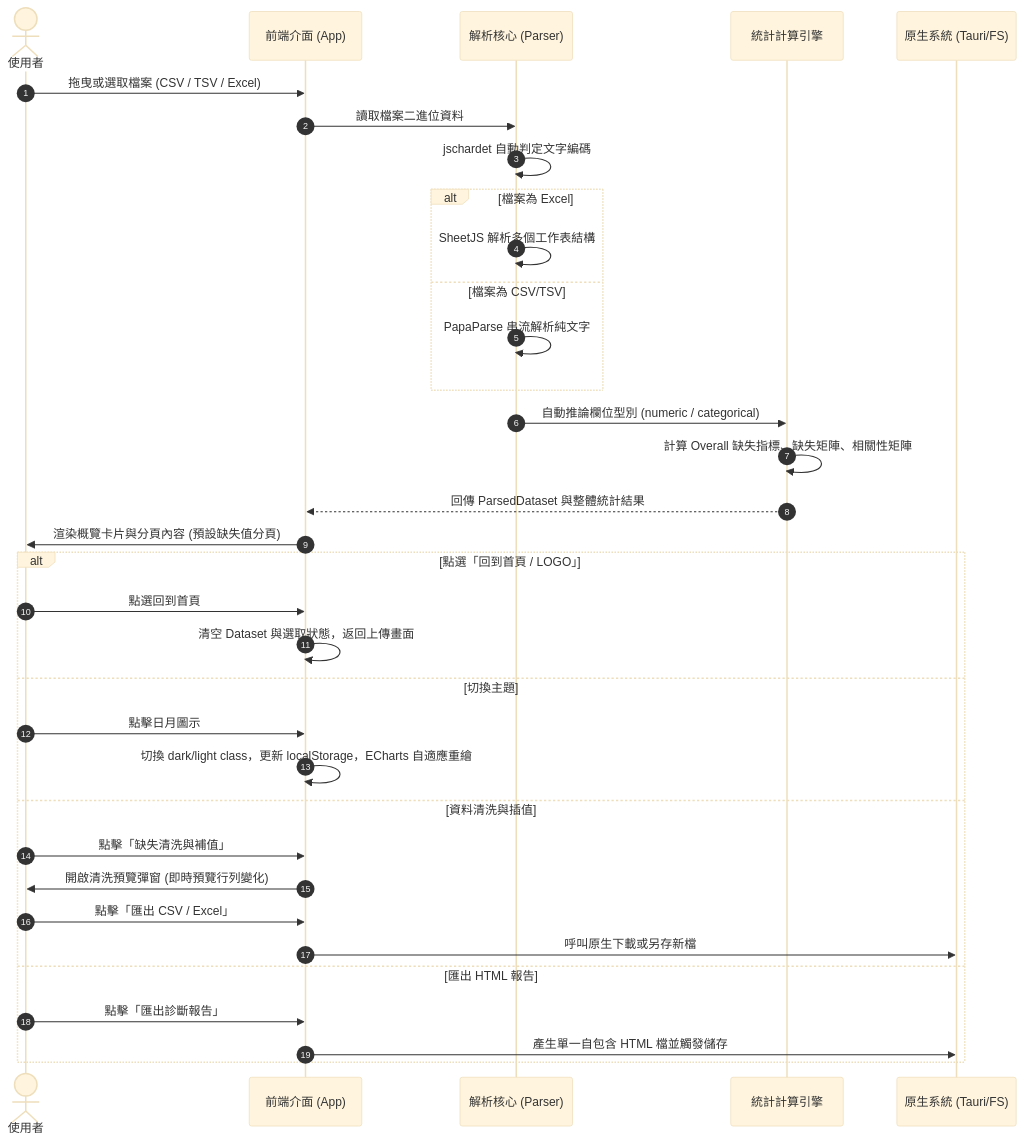
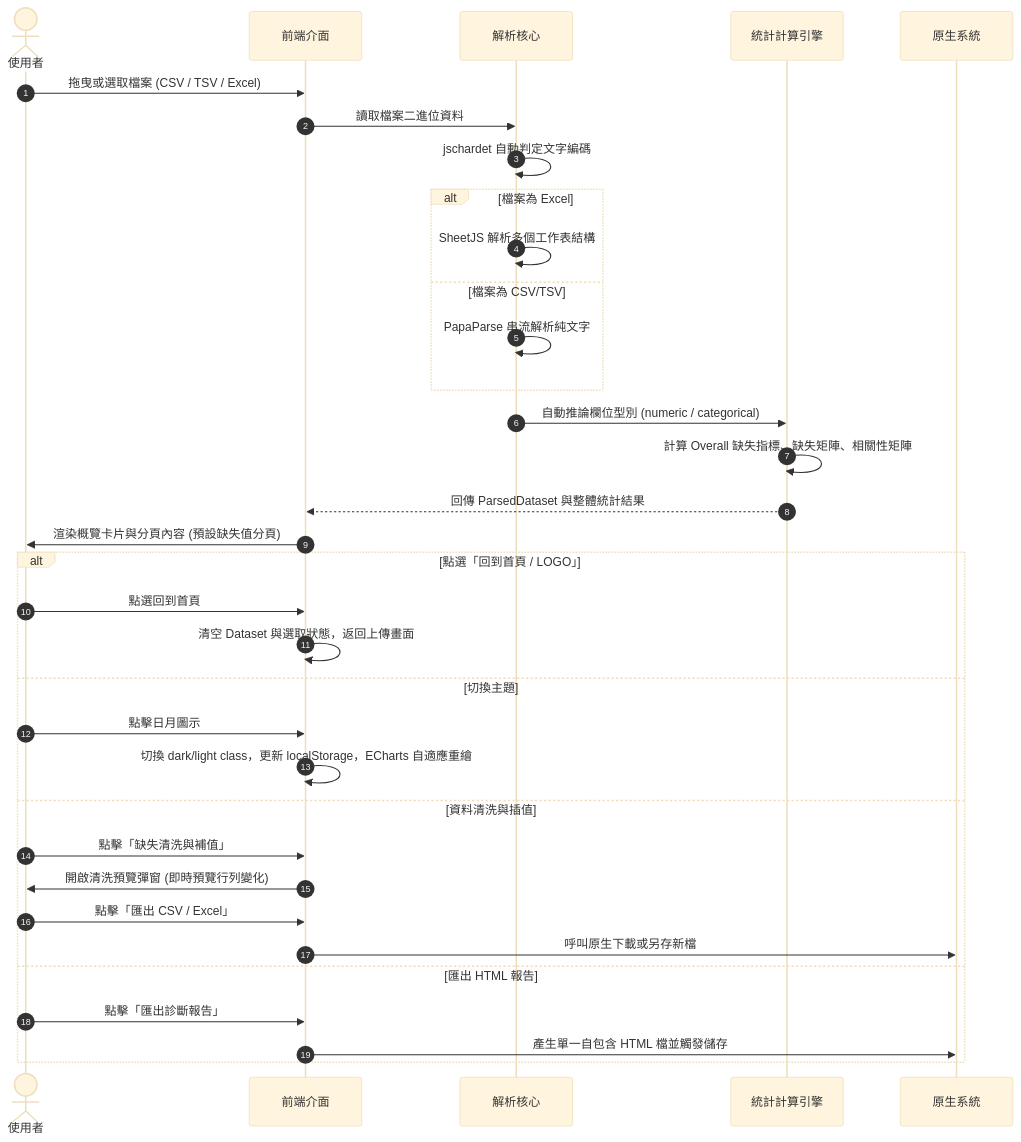
Before and after one commit to DunkLiao/NoneWeb-Data-Analyzer: the second of 3 diagrams in SPEC.md, drawn with Mermaid (base theme). The commit also changed 1 other file, not shown here.

Commit message:
fix(docs): 修正 README.md 與 SPEC.md 中 Mermaid 時序圖語法相容性問題

````diff
--- a/SPEC.md
+++ b/SPEC.md
@@ -294,38 +294,38 @@
 ```mermaid
 sequenceDiagram
     autonumber
     actor User as 使用者
-    participant UI as 前端介面 (App)
-    participant Parser as 解析核心 (Parser)
+    participant UI as 前端介面
+    participant Parser as 解析核心
     participant Engine as 統計計算引擎
-    participant Native as 原生系統 (Tauri/FS)
+    participant Native as 原生系統
 
     User->>UI: 拖曳或選取檔案 (CSV / TSV / Excel)
     UI->>Parser: 讀取檔案二進位資料
     Parser->>Parser: jschardet 自動判定文字編碼
     alt 檔案為 Excel
         Parser->>Parser: SheetJS 解析多個工作表結構
     else 檔案為 CSV/TSV
         Parser->>Parser: PapaParse 串流解析純文字
     end
     Parser->>Engine: 自動推論欄位型別 (numeric / categorical)
     Engine->>Engine: 計算 Overall 缺失指標、缺失矩陣、相關性矩陣
     Engine-->>UI: 回傳 ParsedDataset 與整體統計結果
     UI->>User: 渲染概覽卡片與分頁內容 (預設缺失值分頁)
 
     alt 點選「回到首頁 / LOGO」
         User->>UI: 點選回到首頁
         UI->>UI: 清空 Dataset 與選取狀態，返回上傳畫面
     else 切換主題
         User->>UI: 點擊日月圖示
         UI->>UI: 切換 dark/light class，更新 localStorage，ECharts 自適應重繪
     else 資料清洗與插值
         User->>UI: 點擊「缺失清洗與補值」
         UI->>User: 開啟清洗預覽彈窗 (即時預覽行列變化)
         User->>UI: 點擊「匯出 CSV / Excel」
         UI->>Native: 呼叫原生下載或另存新檔
     else 匯出 HTML 報告
         User->>UI: 點擊「匯出診斷報告」
         UI->>Native: 產生單一自包含 HTML 檔並觸發儲存
     end
 ```
````
